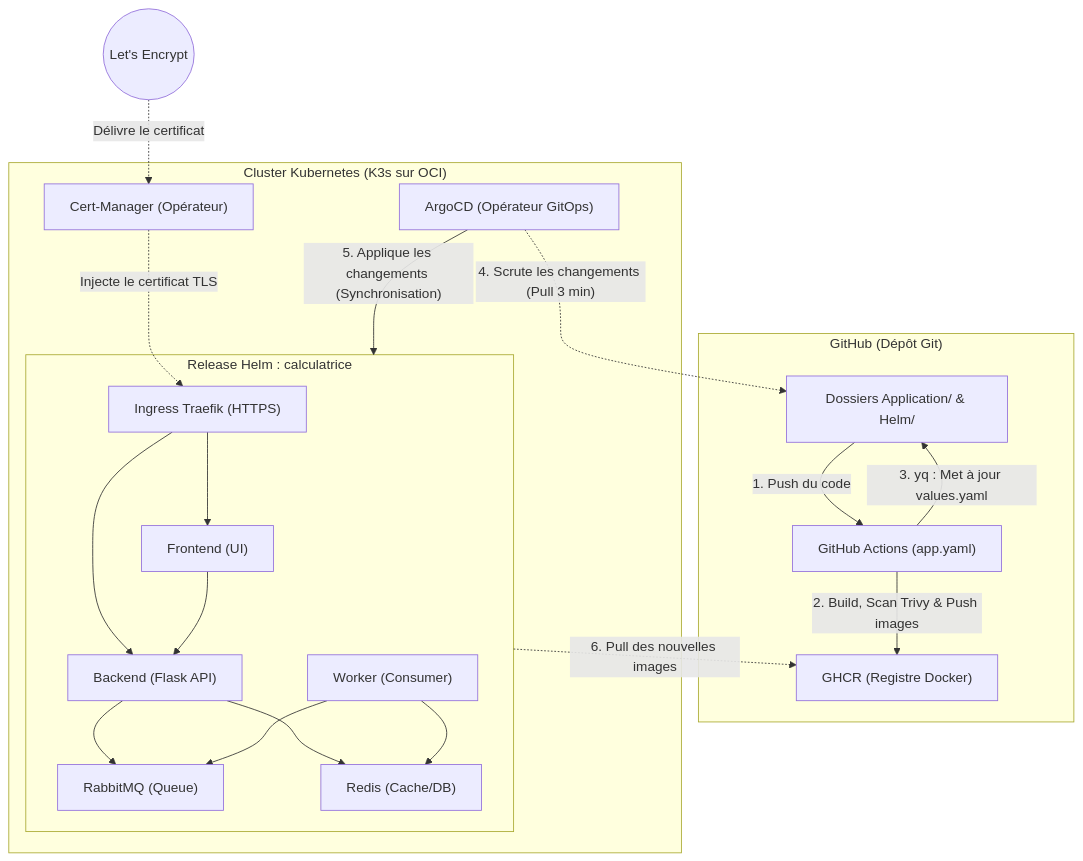
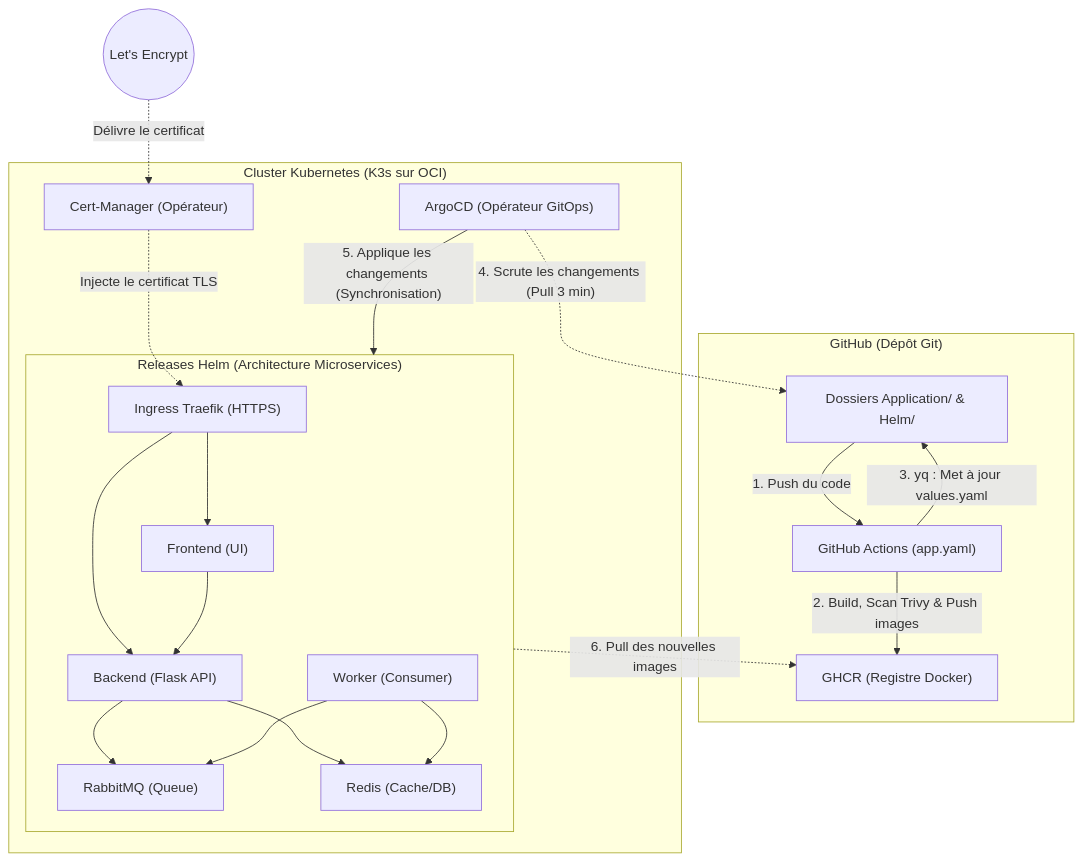
The second of 2 diagrams in README.md (Noureddine-t/virtualisation-et-cloud-computing), drawn with Mermaid before and after one commit. The commit also changed other lines of this file and 41 other files, not shown here.

First line of the commit message:
refactor: migrate to microservices Helm charts and App of Apps pattern

````diff
--- a/README.md
+++ b/README.md
@@ -196,40 +190,40 @@
 ```mermaid
 graph TB
     subgraph GitHub ["GitHub (Dépôt Git)"]
         code["Dossiers Application/ & Helm/"]
         gha["GitHub Actions (app.yaml)"]
         ghcr["GHCR (Registre Docker)"]
         
         code -->|"1. Push du code"| gha
         gha -->|"2. Build, Scan Trivy & Push images"| ghcr
         gha -->|"3. yq : Met à jour values.yaml"| code
     end
 
     subgraph Cluster ["Cluster Kubernetes (K3s sur OCI)"]
         ArgoCD["ArgoCD (Opérateur GitOps)"]
         CertManager["Cert-Manager (Opérateur)"]
         
-        subgraph Helm ["Release Helm : calculatrice"]
+        subgraph Helm ["Releases Helm (Architecture Microservices)"]
             Ingress["Ingress Traefik (HTTPS)"]
             Front["Frontend (UI)"]
             API["Backend (Flask API)"]
             Consumer["Worker (Consumer)"]
             RabbitMQ["RabbitMQ (Queue)"]
             Redis["Redis (Cache/DB)"]
             
             Ingress --> Front
             Ingress --> API
             Front --> API
             API --> RabbitMQ
             Consumer --> RabbitMQ
             API --> Redis
             Consumer --> Redis
         end
         ArgoCD -->|"5. Applique les changements (Synchronisation)"| Helm
         CertManager -.->|"Injecte le certificat TLS"| Ingress
     end
     
     LetsEncrypt(("Let's Encrypt")) -.->|"Délivre le certificat"| CertManager
     ArgoCD -.->|"4. Scrute les changements (Pull 3 min)"| code
     Helm -.->|"6. Pull des nouvelles images"| ghcr
 ```
````
